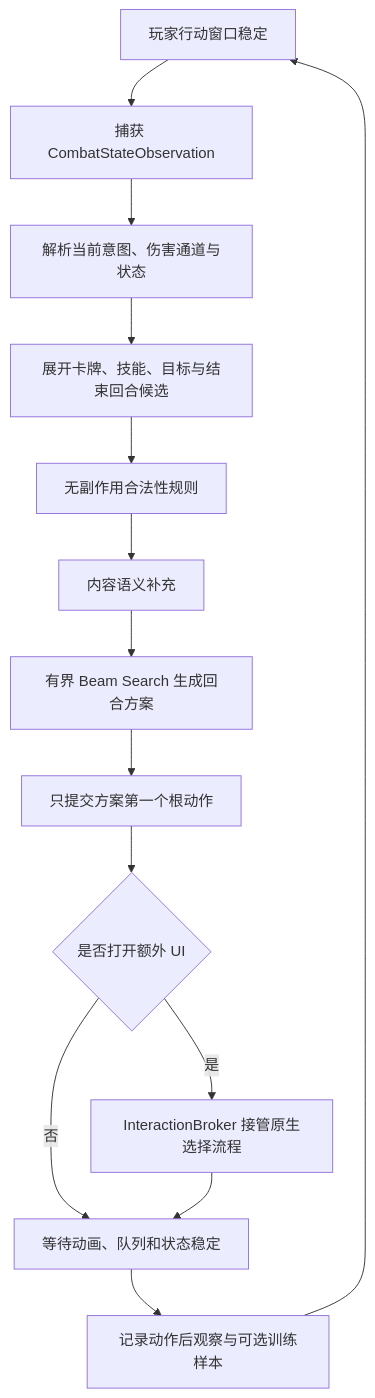
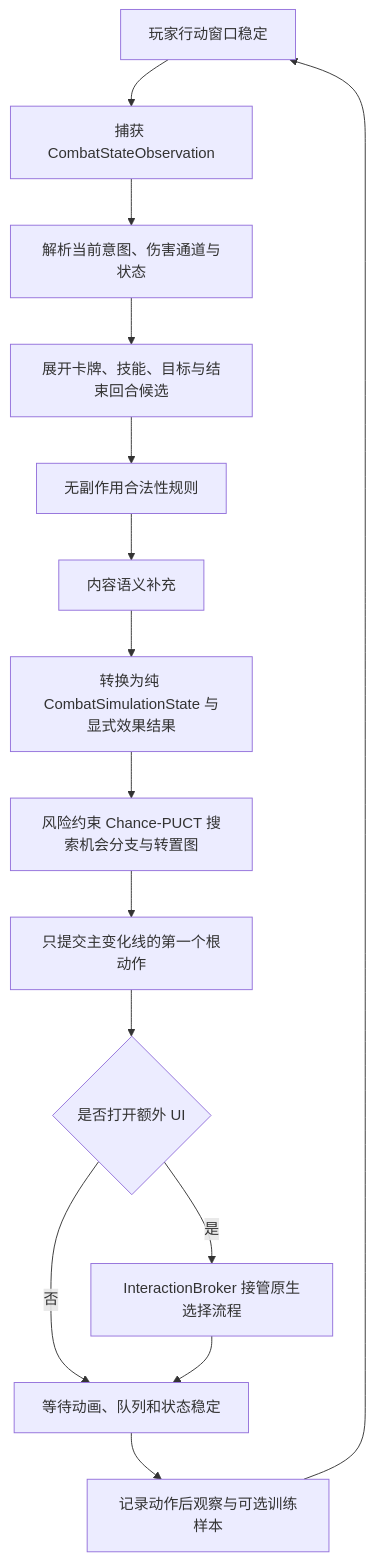
The diagram in docs/AuraCombatAI/01-当前基线与系统架构.md (AuraKaliya/apocalyptic-journey-mod-SunExp), drawn with Mermaid before and after one commit. The commit also changed other lines of this file and 24 other files, not shown here.

````diff
--- a/docs/AuraCombatAI/01-当前基线与系统架构.md
+++ b/docs/AuraCombatAI/01-当前基线与系统架构.md
@@ -18,16 +18,17 @@
 ```mermaid
 flowchart TD
     A["玩家行动窗口稳定"] --> B["捕获 CombatStateObservation"]
     B --> C["解析当前意图、伤害通道与状态"]
     C --> D["展开卡牌、技能、目标与结束回合候选"]
     D --> E["无副作用合法性规则"]
     E --> F["内容语义补充"]
-    F --> G["有界 Beam Search 生成回合方案"]
-    G --> H0["只提交方案第一个根动作"]
+    F --> G["转换为纯 CombatSimulationState 与显式效果结果"]
+    G --> G1["风险约束 Chance-PUCT 搜索机会分支与转置图"]
+    G1 --> H0["只提交主变化线的第一个根动作"]
     H0 --> H{"是否打开额外 UI"}
     H -- "是" --> I["InteractionBroker 接管原生选择流程"]
     H -- "否" --> J["等待动画、队列和状态稳定"]
     I --> J
     J --> K["记录动作后观察与可选训练样本"]
     K --> A
 ```
````
